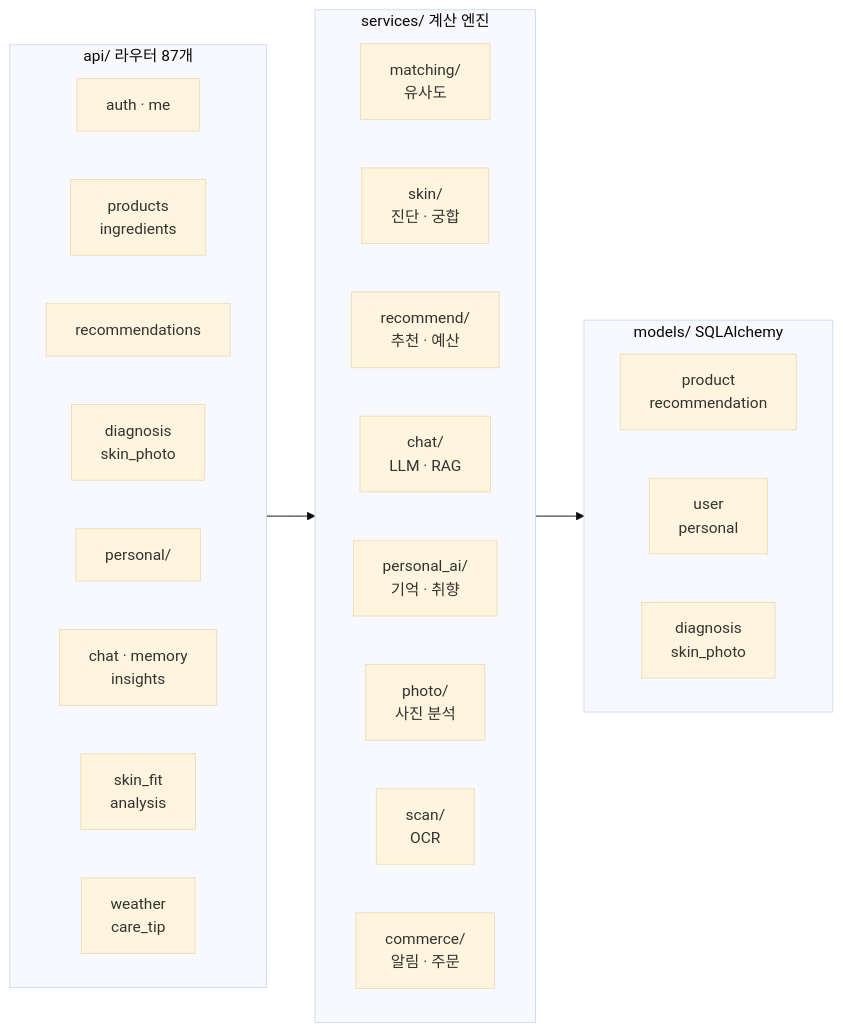
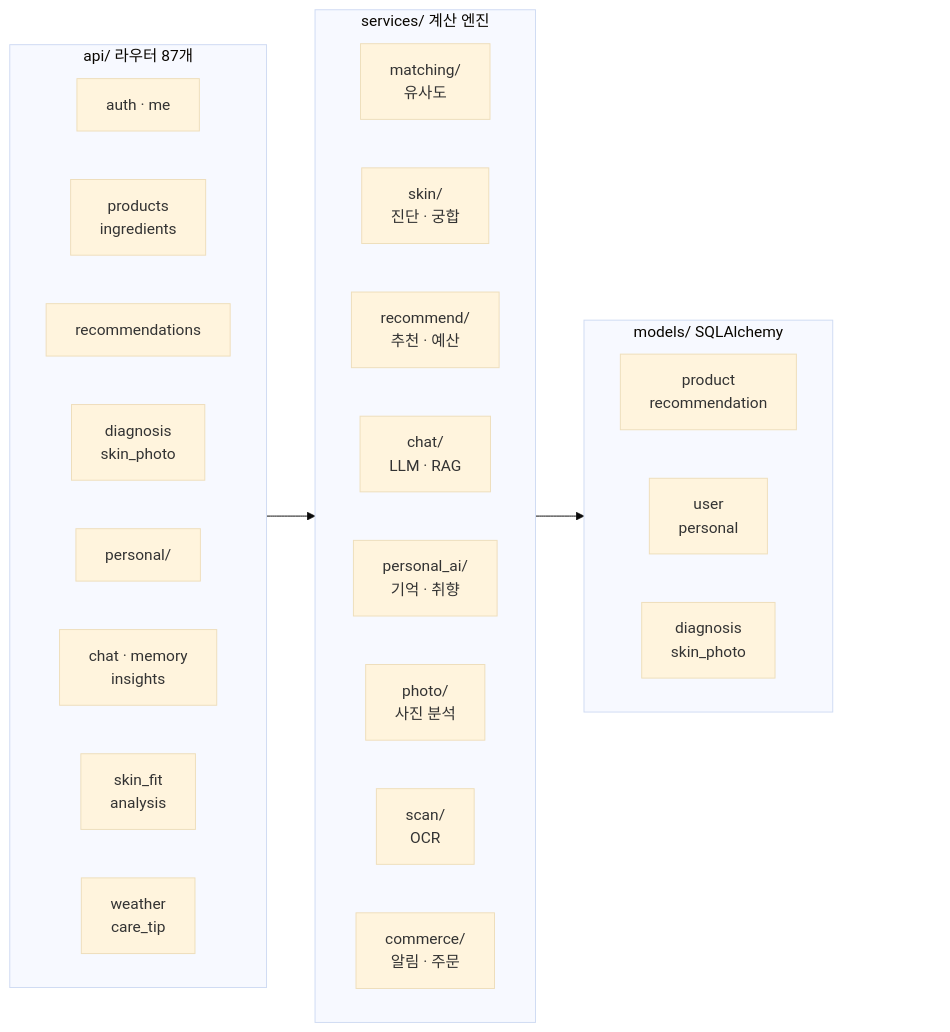
The sixth of 9 diagrams in docs/architecture/diagrams.md (EunSeong-Jo/capstone), drawn with Mermaid (base theme) before and after one commit. The commit also changed other lines of this file, not shown here.

````diff
--- a/docs/architecture/diagrams.md
+++ b/docs/architecture/diagrams.md
@@ -196,35 +213,37 @@
 ```mermaid
 flowchart LR
     subgraph API["api/ 라우터 87개"]
         direction LR
         a1["auth · me"]
         a2["products<br/>ingredients"]
         a3["recommendations"]
         a4["diagnosis<br/>skin_photo"]
         a5["personal/"]
         a6["chat · memory<br/>insights"]
         a7["skin_fit<br/>analysis"]
         a8["weather<br/>care_tip"]
     end
 
     subgraph SVC["services/ 계산 엔진"]
         direction LR
         s1["matching/<br/>유사도"]
         s2["skin/<br/>진단 · 궁합"]
         s3["recommend/<br/>추천 · 예산"]
         s4["chat/<br/>LLM · RAG"]
         s5["personal_ai/<br/>기억 · 취향"]
         s6["photo/<br/>사진 분석"]
         s7["scan/<br/>OCR"]
         s8["commerce/<br/>알림 · 주문"]
     end
 
     subgraph DATA["models/ SQLAlchemy"]
         direction LR
         m1["product<br/>recommendation"]
         m2["user<br/>personal"]
         m3["diagnosis<br/>skin_photo"]
     end
 
     API --> SVC --> DATA
+    DATA ~~~ PAD[" "]:::ghost
+    classDef ghost fill:none,stroke:none,color:transparent
 ```
````
